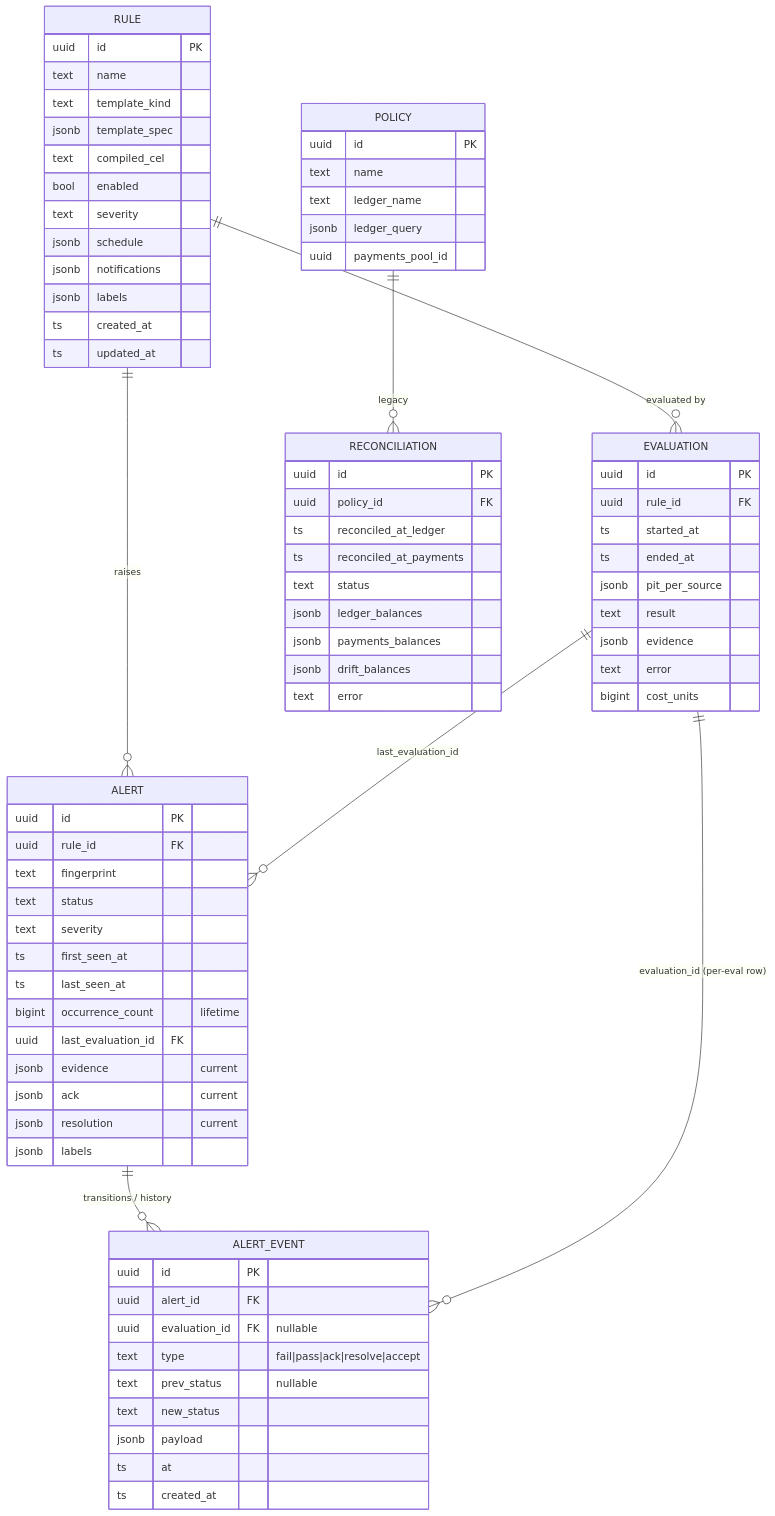
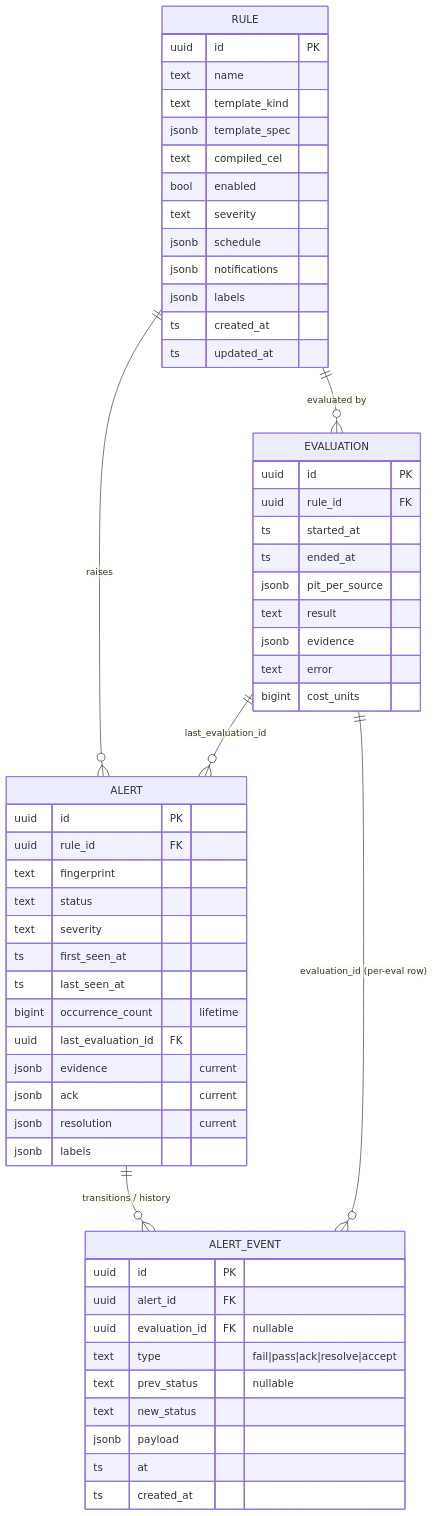
Before and after one commit to formancehq/reconciliation: the fourth of 4 diagrams in docs/technical/architecture.md, drawn with Mermaid. The commit also changed other lines of this file and 7 other files, not shown here.

````diff
--- a/docs/technical/architecture.md
+++ b/docs/technical/architecture.md
@@ -109,79 +108,60 @@
 ```mermaid
 erDiagram
     RULE       ||--o{ EVALUATION  : "evaluated by"
     RULE       ||--o{ ALERT       : "raises"
     EVALUATION ||--o{ ALERT       : "last_evaluation_id"
     ALERT      ||--o{ ALERT_EVENT : "transitions / history"
     EVALUATION ||--o{ ALERT_EVENT : "evaluation_id (per-eval row)"
-    POLICY     ||--o{ RECONCILIATION : "legacy"
 
     RULE {
         uuid id PK
         text name
         text template_kind
         jsonb template_spec
         text compiled_cel
         bool enabled
         text severity
         jsonb schedule
         jsonb notifications
         jsonb labels
         ts created_at
         ts updated_at
     }
     EVALUATION {
         uuid id PK
         uuid rule_id FK
         ts started_at
         ts ended_at
         jsonb pit_per_source
         text result
         jsonb evidence
         text error
         bigint cost_units
     }
     ALERT {
         uuid id PK
         uuid rule_id FK
         text fingerprint
         text status
         text severity
         ts first_seen_at
         ts last_seen_at
         bigint occurrence_count "lifetime"
         uuid last_evaluation_id FK
         jsonb evidence "current"
         jsonb ack "current"
         jsonb resolution "current"
         jsonb labels
     }
     ALERT_EVENT {
         uuid id PK
         uuid alert_id FK
         uuid evaluation_id FK "nullable"
         text type "fail|pass|ack|resolve|accept"
         text prev_status "nullable"
         text new_status
         jsonb payload
         ts at
         ts created_at
     }
-    POLICY {
-        uuid id PK
-        text name
-        text ledger_name
-        jsonb ledger_query
-        uuid payments_pool_id
-    }
-    RECONCILIATION {
-        uuid id PK
-        uuid policy_id FK
-        ts reconciled_at_ledger
-        ts reconciled_at_payments
-        text status
-        jsonb ledger_balances
-        jsonb payments_balances
-        jsonb drift_balances
-        text error
-    }
 ```
````
